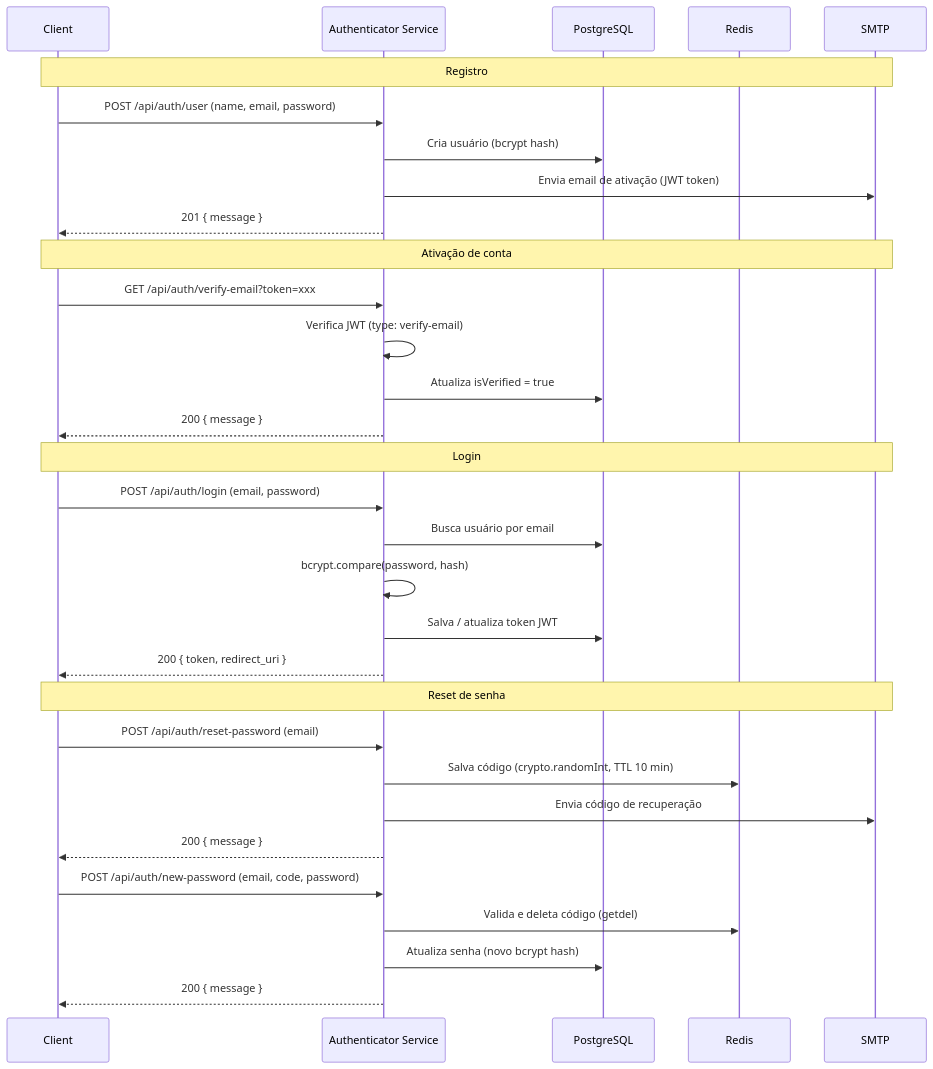
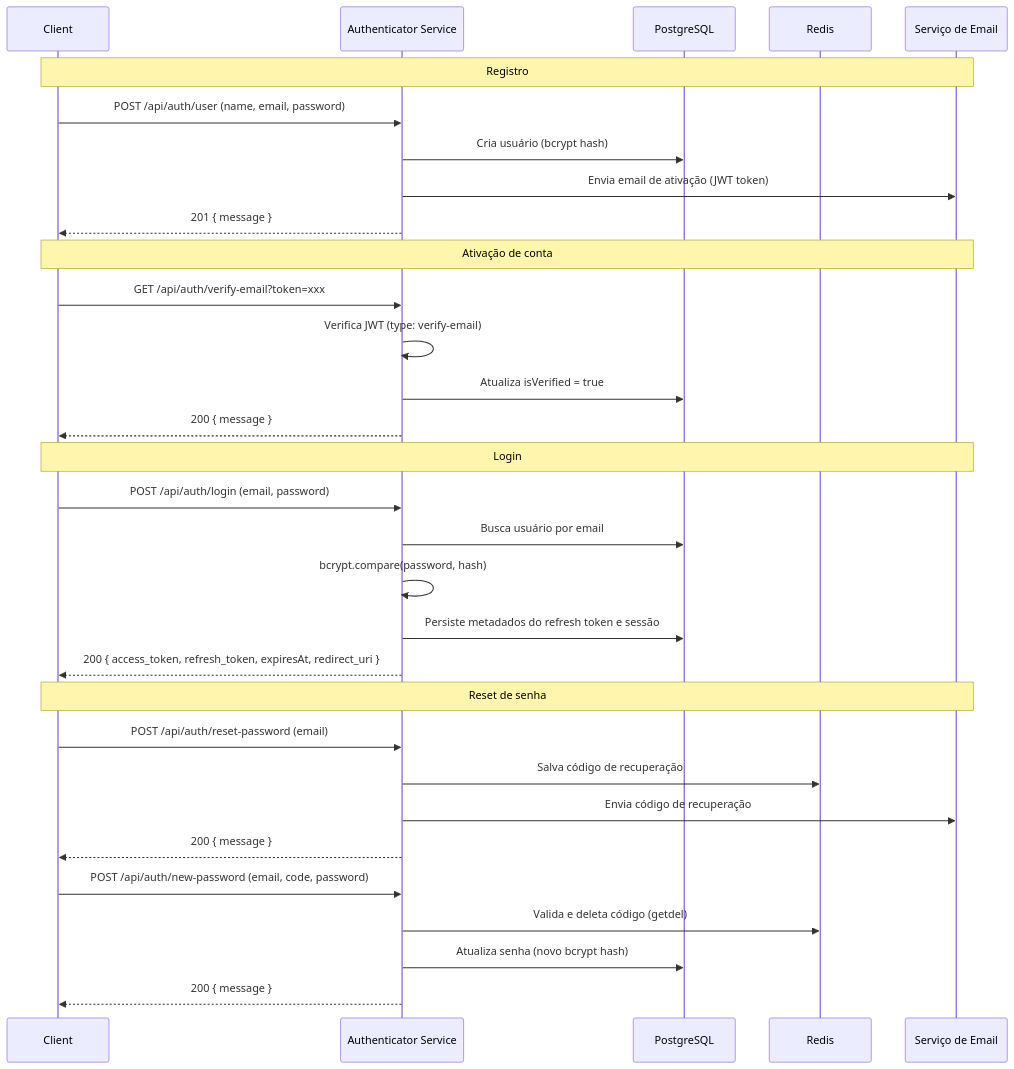
Before and after one commit to LuisFernando12/Authenticator-back: the third of 3 diagrams in README.pt-BR.md, drawn with Mermaid. The commit also changed other lines of this file and 1 other file, not shown here.

Commit message:
feat(docs): update email notification section and add account unblock endpoint in README

````diff
--- a/README.pt-BR.md
+++ b/README.pt-BR.md
@@ -112,38 +112,38 @@
 ```mermaid
 sequenceDiagram
     participant Client
     participant Auth as Authenticator Service
     participant DB as PostgreSQL
     participant Redis
-    participant Email as SMTP
+    participant Email as Serviço de Email
 
     Note over Client,Email: Registro
     Client->>Auth: POST /api/auth/user (name, email, password)
     Auth->>DB: Cria usuário (bcrypt hash)
     Auth->>Email: Envia email de ativação (JWT token)
     Auth-->>Client: 201 { message }
 
     Note over Client,Email: Ativação de conta
     Client->>Auth: GET /api/auth/verify-email?token=xxx
     Auth->>Auth: Verifica JWT (type: verify-email)
     Auth->>DB: Atualiza isVerified = true
     Auth-->>Client: 200 { message }
 
     Note over Client,Email: Login
     Client->>Auth: POST /api/auth/login (email, password)
     Auth->>DB: Busca usuário por email
     Auth->>Auth: bcrypt.compare(password, hash)
-    Auth->>DB: Salva / atualiza token JWT
-    Auth-->>Client: 200 { token, redirect_uri }
+    Auth->>DB: Persiste metadados do refresh token e sessão
+    Auth-->>Client: 200 { access_token, refresh_token, expiresAt, redirect_uri }
 
     Note over Client,Email: Reset de senha
     Client->>Auth: POST /api/auth/reset-password (email)
-    Auth->>Redis: Salva código (crypto.randomInt, TTL 10 min)
+    Auth->>Redis: Salva código de recuperação
     Auth->>Email: Envia código de recuperação
     Auth-->>Client: 200 { message }
 
     Client->>Auth: POST /api/auth/new-password (email, code, password)
     Auth->>Redis: Valida e deleta código (getdel)
     Auth->>DB: Atualiza senha (novo bcrypt hash)
     Auth-->>Client: 200 { message }
 ```
````
